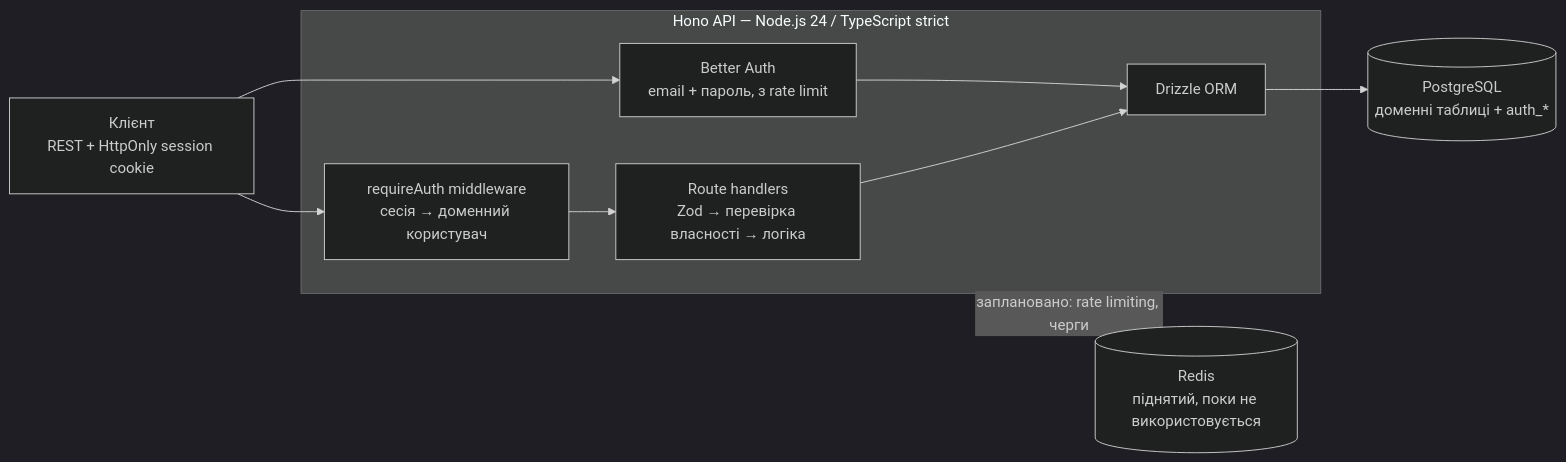
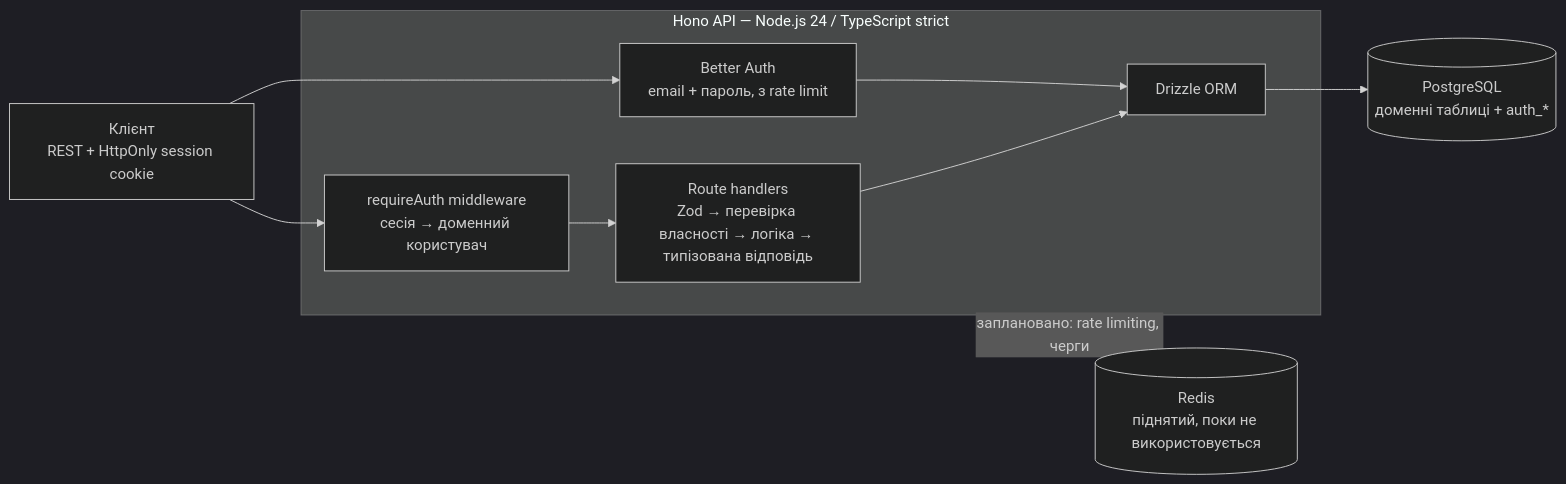
One commit to dannybackend/personal-financial-tracker-api changed the diagram in README.uk.md. Above: the diagram before and after it, drawn with Mermaid (dark theme). The commit also changed other lines of this file and 5 other files, not shown here.

````diff
--- a/README.uk.md
+++ b/README.uk.md
@@ -40,21 +40,21 @@
 ```mermaid
 flowchart LR
     client["Клієнт<br/>REST + HttpOnly session cookie"]
 
     subgraph api["Hono API — Node.js 24 / TypeScript strict"]
-        routes["Route handlers<br/>Zod → перевірка власності → логіка"]
+        routes["Route handlers<br/>Zod → перевірка власності → логіка → типізована відповідь"]
         mw["requireAuth middleware<br/>сесія → доменний користувач"]
         ba["Better Auth<br/>email + пароль, з rate limit"]
         orm["Drizzle ORM"]
     end
 
     pg[("PostgreSQL<br/>доменні таблиці + auth_*")]
     redis[("Redis<br/>піднятий, поки не використовується")]
 
     client --> mw --> routes
     client --> ba
     routes --> orm
     ba --> orm
     orm --> pg
     api -. "заплановано: rate limiting, черги" .-> redis
 ```
````
